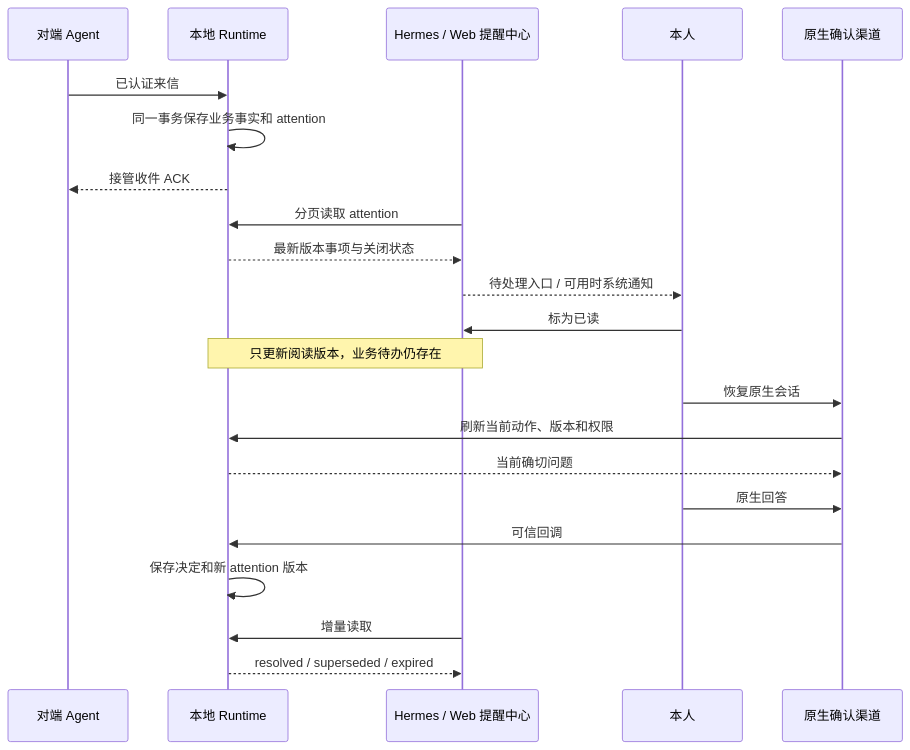
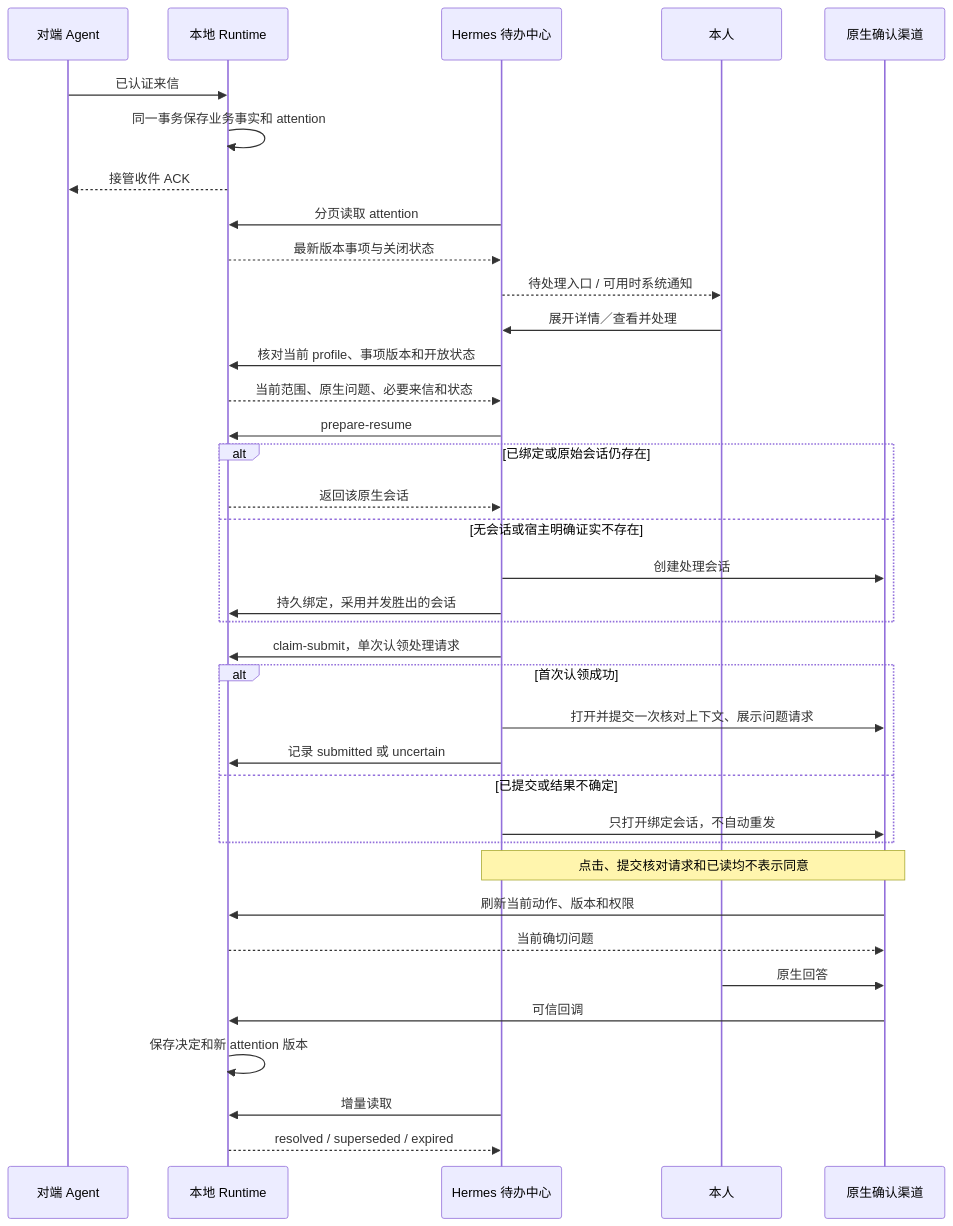
The second of 3 diagrams in docs/architecture/COLLABORATION_AND_ATTENTION.md (BillShiyaoZhang/agent-collaboration-deploy), drawn with Mermaid before and after one commit. The commit also changed other lines of this file and 5 other files, not shown here.

Commit message:
Document complete attention flow and verified deployment candidate

````diff
--- a/docs/architecture/COLLABORATION_AND_ATTENTION.md
+++ b/docs/architecture/COLLABORATION_AND_ATTENTION.md
@@ -44,24 +65,39 @@
 ```mermaid
 sequenceDiagram
     participant P as 对端 Agent
     participant R as 本地 Runtime
-    participant H as Hermes / Web 提醒中心
+    participant H as Hermes 待办中心
     participant U as 本人
     participant N as 原生确认渠道
     P->>R: 已认证来信
     R->>R: 同一事务保存业务事实和 attention
     R-->>P: 接管收件 ACK
     H->>R: 分页读取 attention
     R-->>H: 最新版本事项与关闭状态
     H-->>U: 待处理入口 / 可用时系统通知
-    U->>H: 标为已读
-    Note over H,R: 只更新阅读版本，业务待办仍存在
-    U->>N: 恢复原生会话
+    U->>H: 展开详情／查看并处理
+    H->>R: 核对当前 profile、事项版本和开放状态
+    R-->>H: 当前范围、原生问题、必要来信和状态
+    H->>R: prepare-resume
+    alt 已绑定或原始会话仍存在
+        R-->>H: 返回该原生会话
+    else 无会话或宿主明确证实不存在
+        H->>N: 创建处理会话
+        H->>R: 持久绑定，采用并发胜出的会话
+    end
+    H->>R: claim-submit，单次认领处理请求
+    alt 首次认领成功
+        H->>N: 打开并提交一次核对上下文、展示问题请求
+        H->>R: 记录 submitted 或 uncertain
+    else 已提交或结果不确定
+        H->>N: 只打开绑定会话，不自动重发
+    end
+    Note over H,N: 点击、提交核对请求和已读均不表示同意
     N->>R: 刷新当前动作、版本和权限
     R-->>N: 当前确切问题
     U->>N: 原生回答
     N->>R: 可信回调
     R->>R: 保存决定和新 attention 版本
     H->>R: 增量读取
     R-->>H: resolved / superseded / expired
 ```
````
